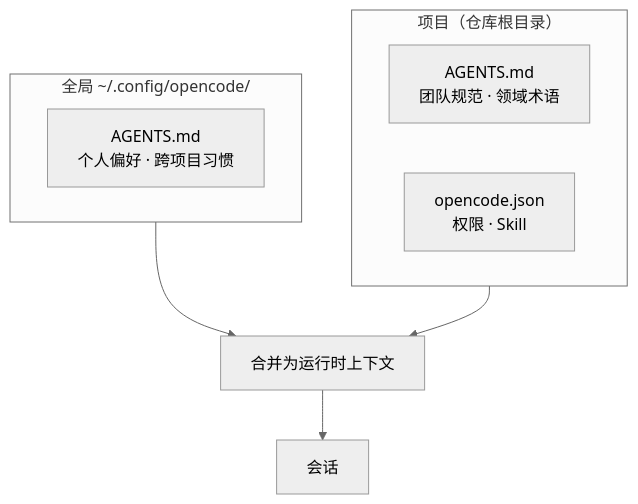
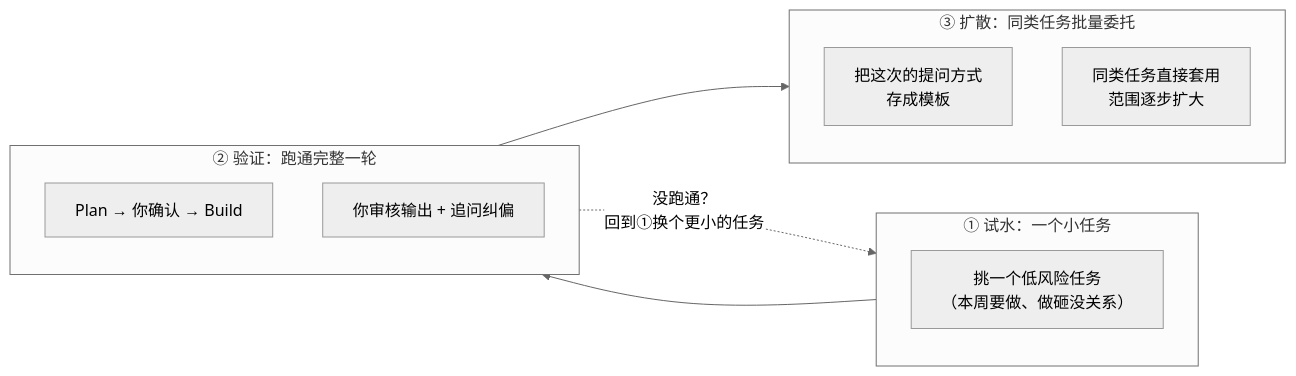
The third of 3 diagrams in ppt/ppt1-intro/opencode-getting-started.md (masonsxu/notes), drawn with Mermaid (neutral theme) before and after one commit. The commit also changed other lines of this file and 1 other file, not shown here.

First line of the commit message:
refactor: 重写 opencode 入门与进阶文稿，面向非专业人士重构

````diff
--- a/ppt/ppt1-intro/opencode-getting-started.md
+++ b/ppt/ppt1-intro/opencode-getting-started.md
@@ -150,13 +471,16 @@
 ```mermaid
-flowchart TD
-    subgraph G["全局 ~/.config/opencode/"]
-        G1["AGENTS.md<br/>个人偏好 · 跨项目习惯"]
+flowchart LR
+    subgraph S1["① 试水：一个小任务"]
+        A["挑一个低风险任务<br/>（本周要做、做砸没关系）"]
     end
-    subgraph P["项目（仓库根目录）"]
-        P1["AGENTS.md<br/>团队规范 · 领域术语"]
-        P2["opencode.json<br/>权限 · Skill"]
+    subgraph S2["② 验证：跑通完整一轮"]
+        B["Plan → 你确认 → Build"]
+        C["你审核输出 + 追问纠偏"]
     end
-    G --> R["合并为运行时上下文"]
-    P --> R
-    R --> S["会话"]
+    subgraph S3["③ 扩散：同类任务批量委托"]
+        D["把这次的提问方式<br/>存成模板"]
+        E["同类任务直接套用<br/>范围逐步扩大"]
+    end
+    S1 --> S2 --> S3
+    S2 -.->|"没跑通？<br/>回到①换个更小的任务"| S1
 ```
````
